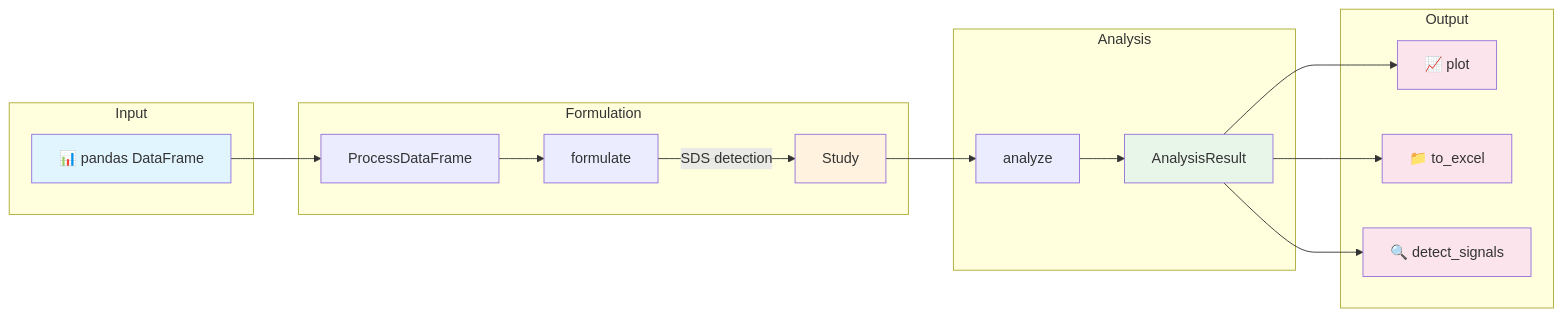
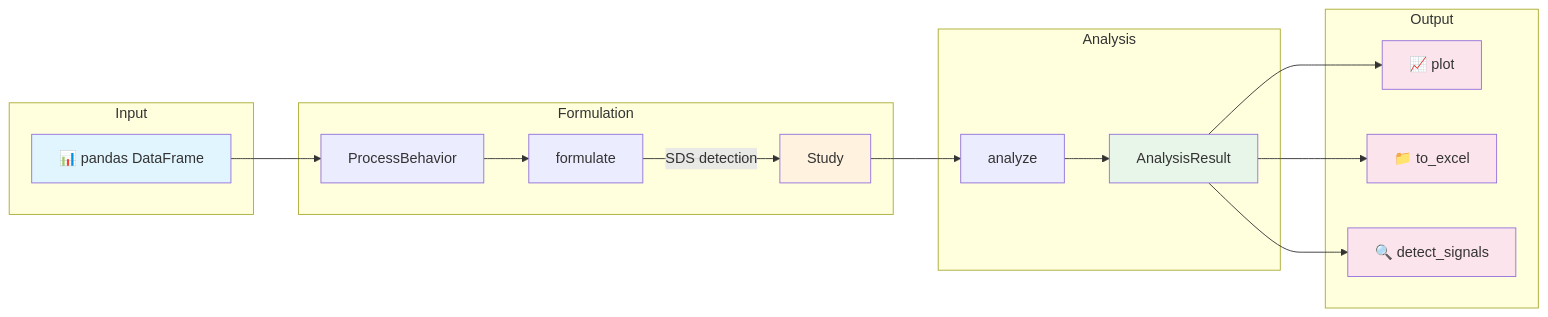
One commit to cnicholas/processbehavior changed the diagram in docs/intro.md. Above: the diagram before and after it, drawn with Mermaid. The commit also changed other lines of this file and 22 other files, not shown here.

First line of the commit message:
refactor: Rename ProcessDataFrame to ProcessBehavior

````diff
--- a/docs/intro.md
+++ b/docs/intro.md
@@ -11,39 +11,39 @@
 ```{mermaid}
 flowchart LR
     subgraph Input
         A[📊 pandas DataFrame]
     end
 
     subgraph Formulation
-        B[ProcessDataFrame]
+        B[ProcessBehavior]
         C[formulate]
         D[Study]
     end
 
     subgraph Analysis
         E[analyze]
         F[AnalysisResult]
     end
 
     subgraph Output
         G[📈 plot]
         H[📁 to_excel]
         I[🔍 detect_signals]
     end
 
     A --> B
     B --> C
     C -->|"SDS detection"| D
     D --> E
     E --> F
     F --> G
     F --> H
     F --> I
 
     style A fill:#e1f5fe
     style D fill:#fff3e0
     style F fill:#e8f5e9
     style G fill:#fce4ec
     style H fill:#fce4ec
     style I fill:#fce4ec
 ```
````
